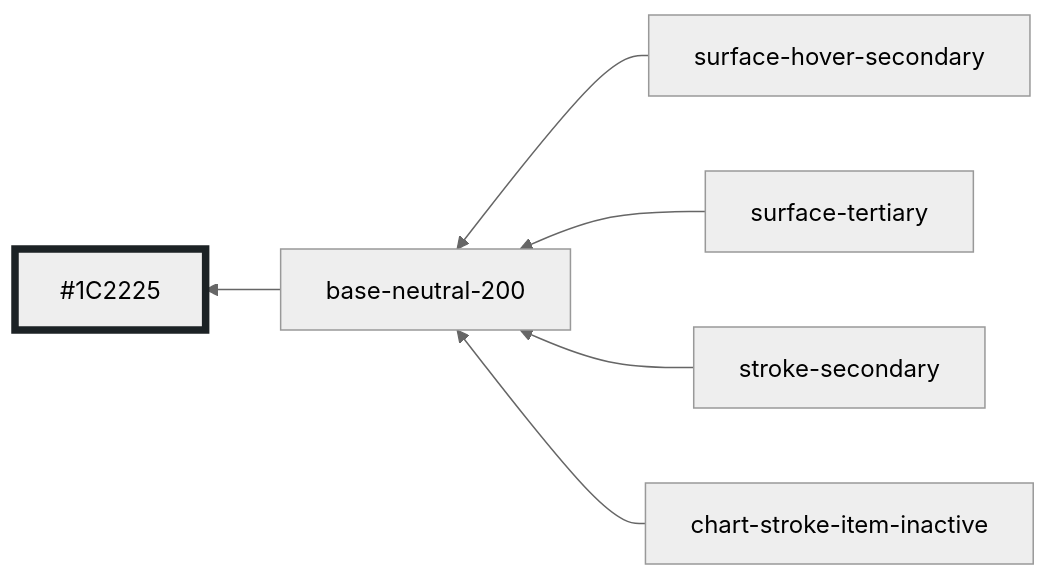
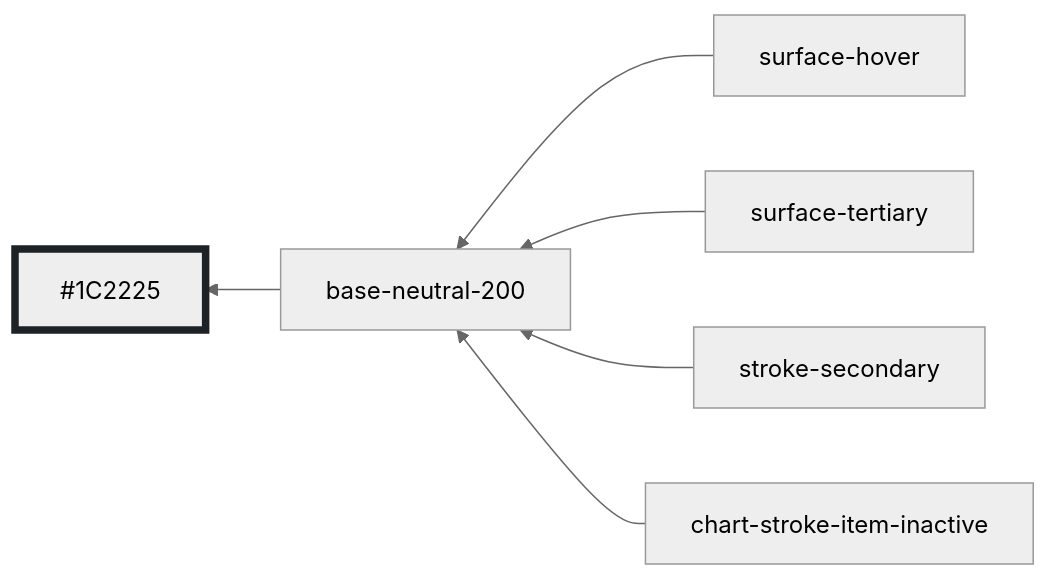
Diagram 44 of 51 in styles/dist/blue.md (oxidecomputer/design-system), drawn with Mermaid (neutral theme) before and after one commit. The commit also changed other lines of this file and 8 other files, not shown here.

````diff
--- a/styles/dist/blue.md
+++ b/styles/dist/blue.md
@@ -512,10 +512,10 @@
 ```mermaid
 graph RL
   base-neutral-200 --> #1C2225:::base-neutral-200
-  surface-hover-secondary --> base-neutral-200
+  surface-hover --> base-neutral-200
   surface-tertiary --> base-neutral-200
   stroke-secondary --> base-neutral-200
   chart-stroke-item-inactive --> base-neutral-200
 
 	classDef base-neutral-200 stroke-width:5,stroke:#1C2225
 ```
````
